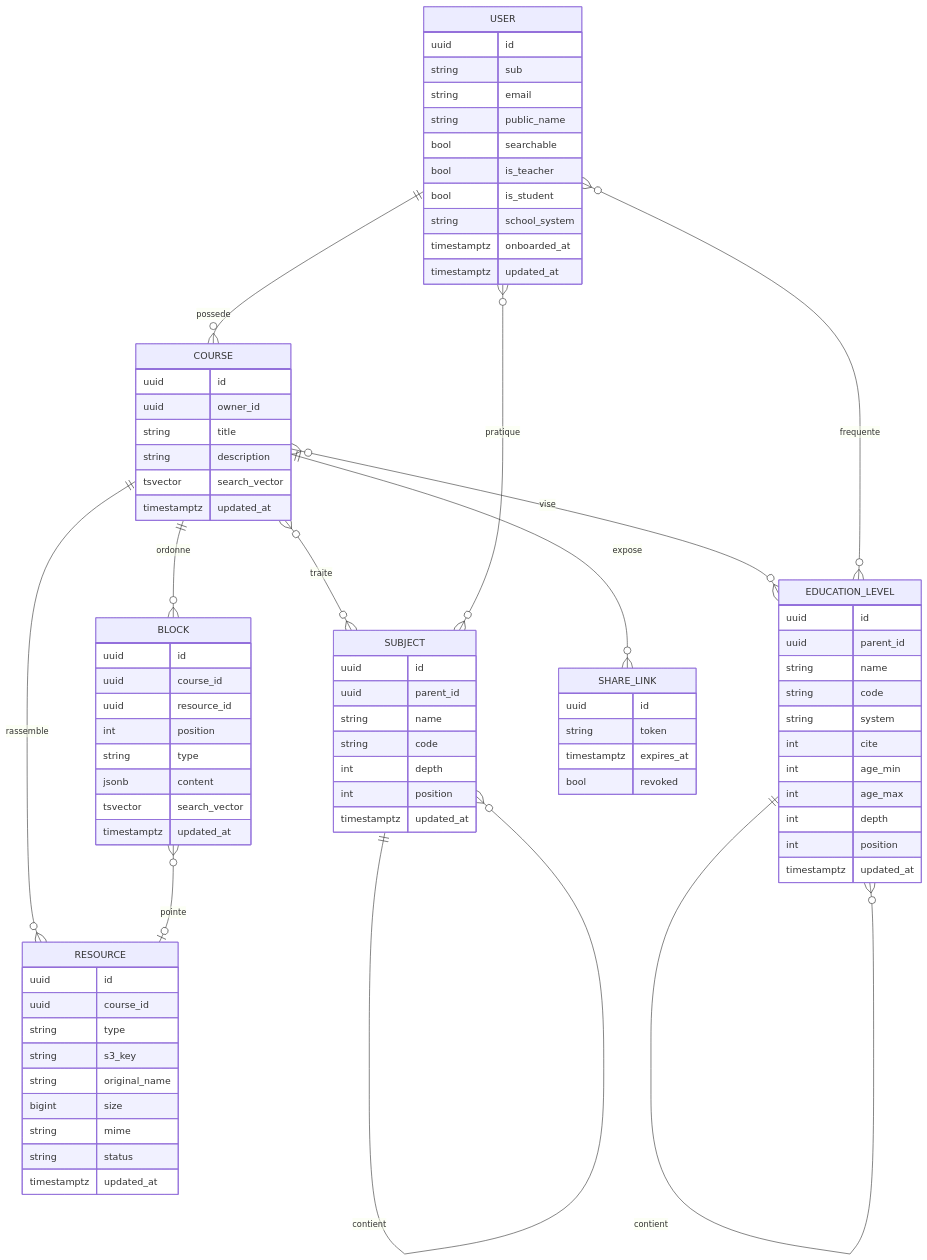
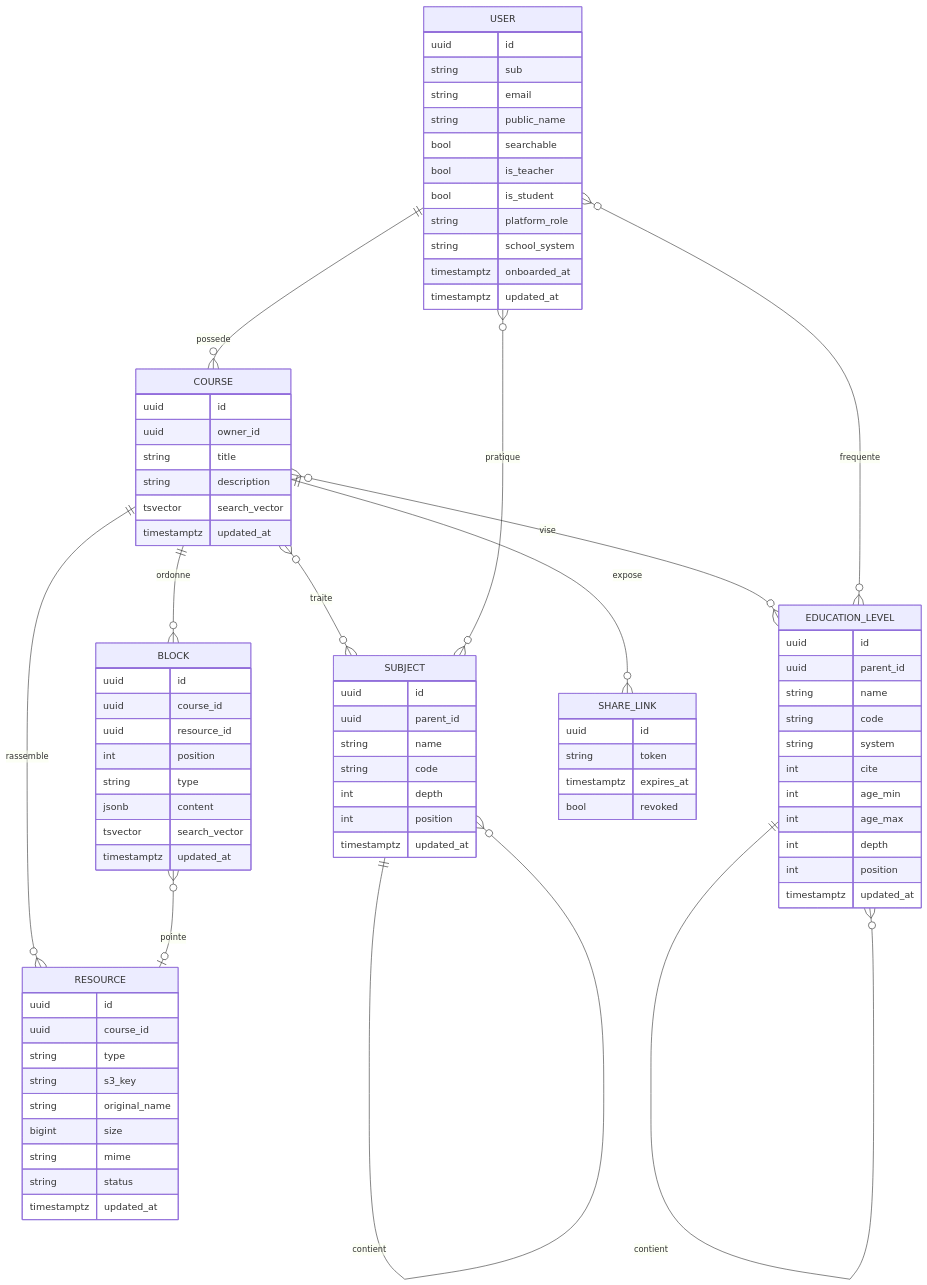
Before and after one commit to flobatard/OpenCartableBack: the second of 2 diagrams in Descriptions.md, drawn with Mermaid. The commit also changed other lines of this file and 35 other files, not shown here.

```diff
--- a/Descriptions.md
+++ b/Descriptions.md
@@ -192,6 +203,7 @@
       bool searchable
       bool is_teacher
       bool is_student
+      string platform_role
       string school_system
       timestamptz onboarded_at
       timestamptz updated_at
```
